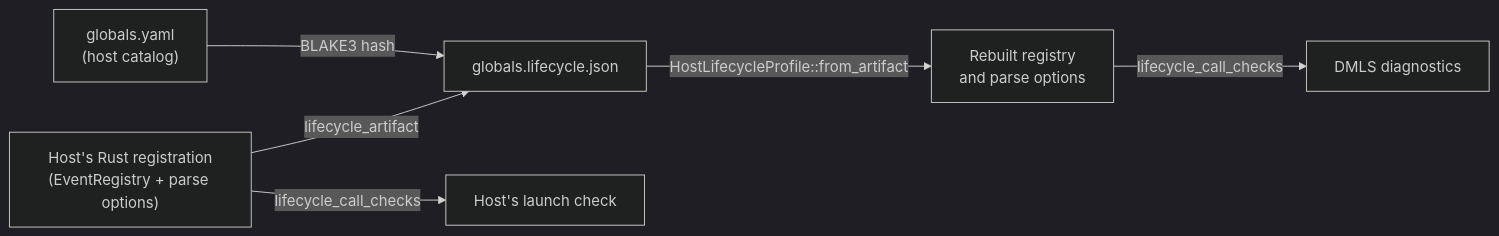
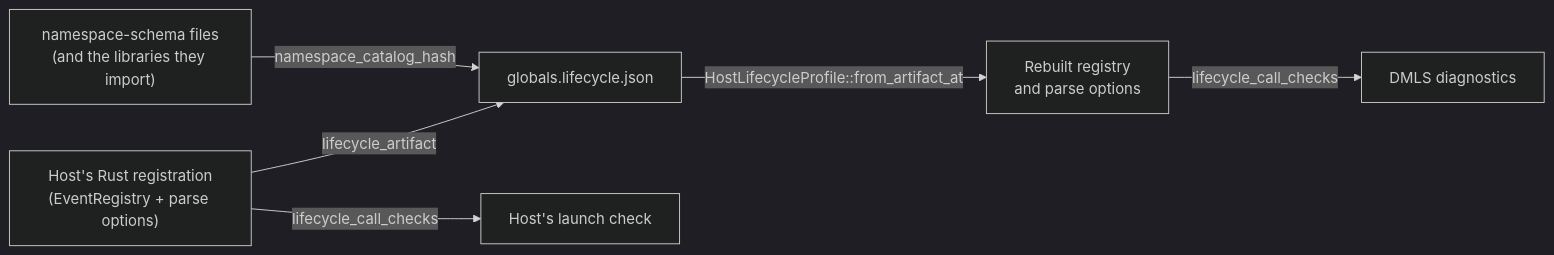
Before and after one commit to yankeeinlondon/rusty-biscuit: the first of 2 diagrams in darkmatter/docs/topics/lifecycle/host-artifact.md, drawn with Mermaid (dark theme). The commit also changed other lines of this file and 67 other files, not shown here.

````diff
--- a/darkmatter/docs/topics/lifecycle/host-artifact.md
+++ b/darkmatter/docs/topics/lifecycle/host-artifact.md
@@ -45,8 +45,8 @@
 ```mermaid
 flowchart LR
     R["Host's Rust registration<br/>(EventRegistry + parse options)"] -->|lifecycle_artifact| A["globals.lifecycle.json"]
-    C["globals.yaml<br/>(host catalog)"] -->|BLAKE3 hash| A
-    A -->|HostLifecycleProfile::from_artifact| P["Rebuilt registry<br/>and parse options"]
+    N["namespace-schema files<br/>(and the libraries they import)"] -->|namespace_catalog_hash| A
+    A -->|HostLifecycleProfile::from_artifact_at| P["Rebuilt registry<br/>and parse options"]
     P -->|lifecycle_call_checks| D["DMLS diagnostics"]
     R -->|lifecycle_call_checks| L["Host's launch check"]
 ```
````
